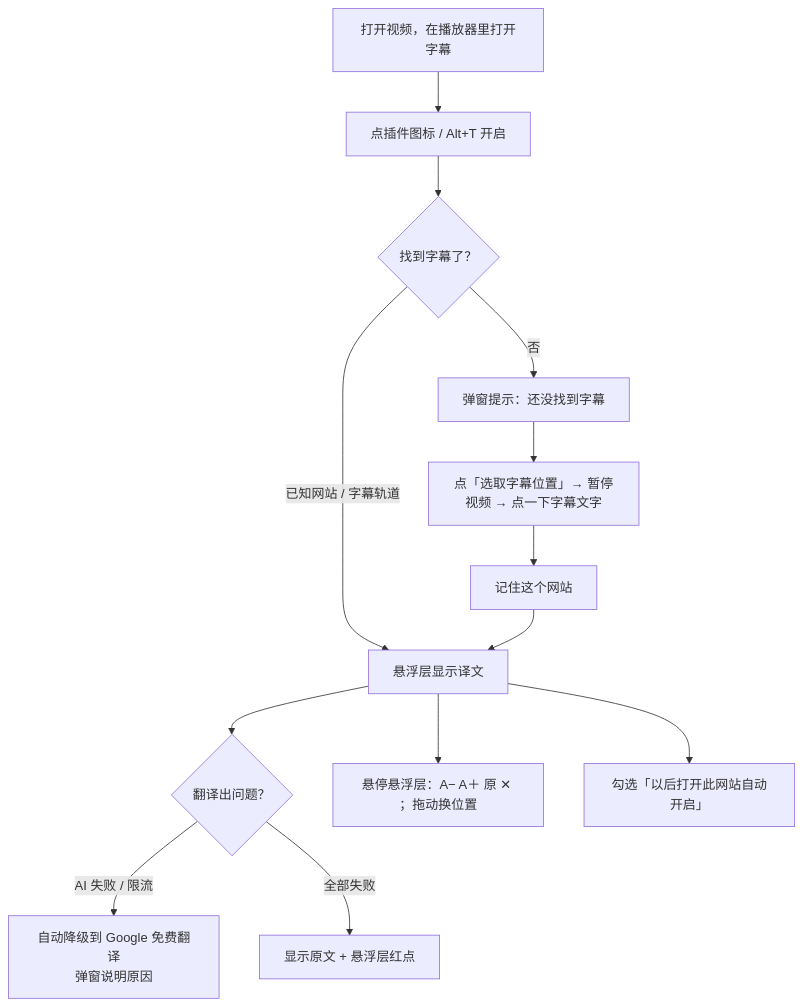
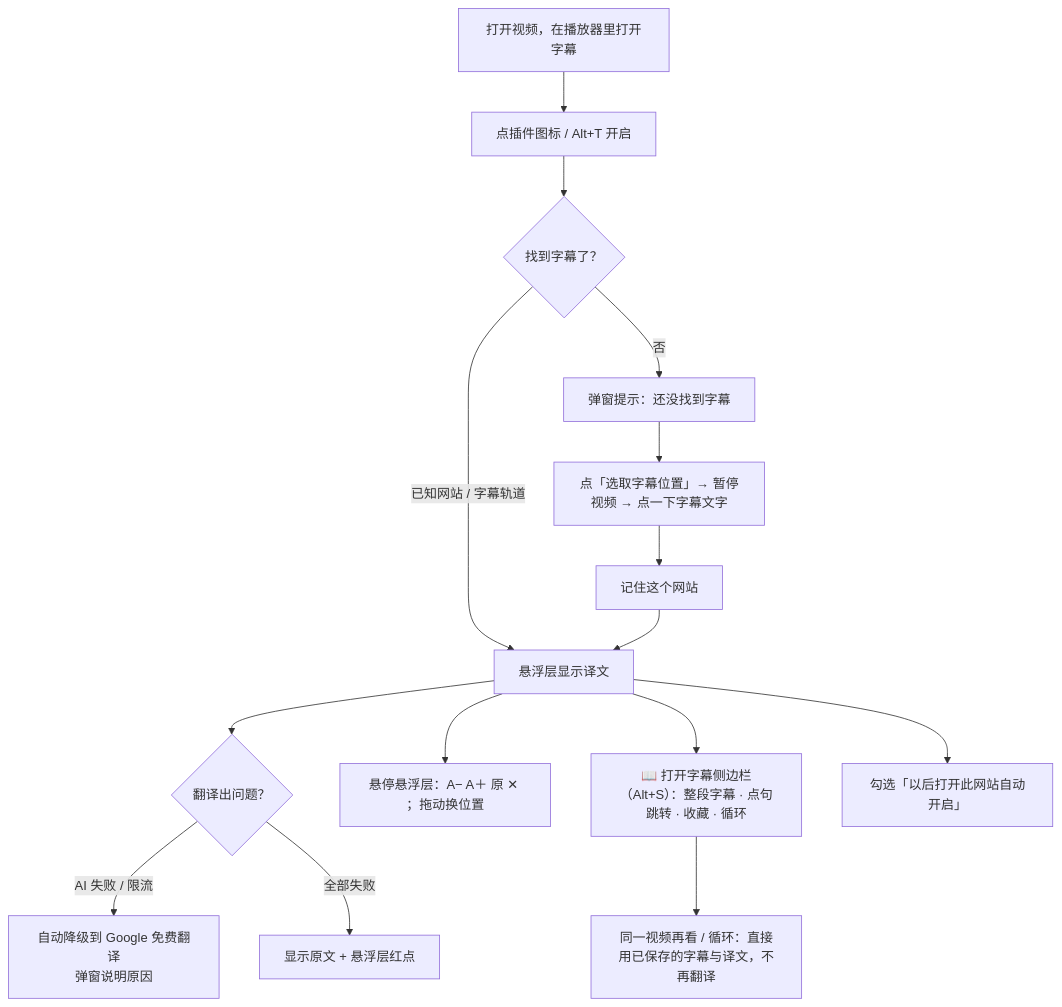
One commit to aarynyan-cell/LT changed the ninth of 9 diagrams in lectureloop/docs/02-product-design.md. Above: the diagram before and after it, drawn with Mermaid. The commit also changed other lines of this file and 30 other files, not shown here.

````diff
--- a/lectureloop/docs/02-product-design.md
+++ b/lectureloop/docs/02-product-design.md
@@ -184,14 +184,16 @@
 ```mermaid
 flowchart TD
     A["打开视频，在播放器里打开字幕"] --> B["点插件图标 / Alt+T 开启"]
     B --> C{"找到字幕了？"}
     C -- "已知网站 / 字幕轨道" --> D["悬浮层显示译文"]
     C -- 否 --> E["弹窗提示：还没找到字幕"]
     E --> F["点「选取字幕位置」→ 暂停视频 → 点一下字幕文字"]
     F --> G["记住这个网站"] --> D
     D --> H{"翻译出问题？"}
     H -- "AI 失败 / 限流" --> I["自动降级到 Google 免费翻译<br/>弹窗说明原因"]
     H -- "全部失败" --> J["显示原文 + 悬浮层红点"]
     D --> K["悬停悬浮层：A− A＋ 原 ✕ ；拖动换位置"]
+    D --> P["📖 打开字幕侧边栏（Alt+S）：整段字幕 · 点句跳转 · 收藏 · 循环"]
+    P --> R["同一视频再看 / 循环：直接用已保存的字幕与译文，不再翻译"]
     D --> L["勾选「以后打开此网站自动开启」"]
 ```
````
